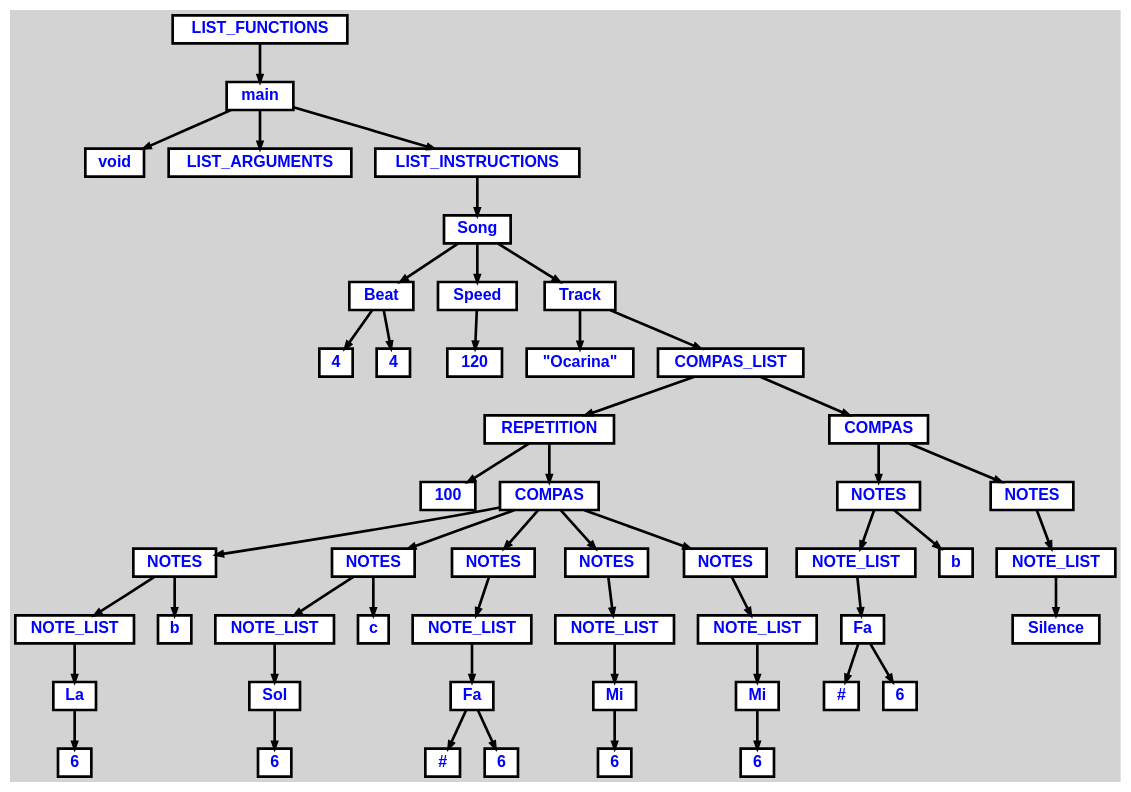
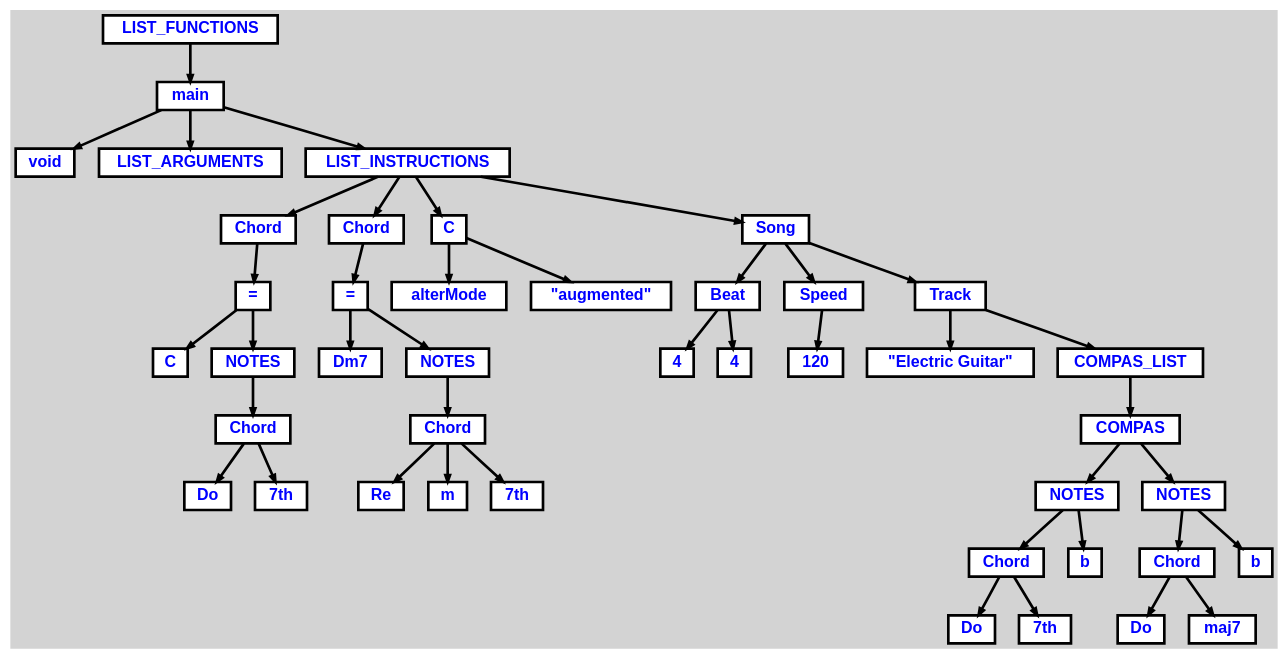
The diagram in tree.dot (mariofv/A-Music-Language), drawn with Graphviz before and after one commit. The commit also changed 6 other files, not shown here.

```diff
--- a/tree.dot
+++ b/tree.dot
@@ -1,140 +1,117 @@
 digraph {
 
 	ordering=out;
 	ranksep=.4;
 	bgcolor="lightgrey"; node [shape=box, fixedsize=false, fontsize=12, fontname="Helvetica-bold", fontcolor="blue"
 		width=.25, height=.25, color="black", fillcolor="white", style="filled, solid, bold"];
 	edge [arrowsize=.5, color="black", style="bold"]
 
   n0 [label="LIST_FUNCTIONS"];
   n1 [label="main"];
   n1 [label="main"];
   n2 [label="void"];
   n3 [label="LIST_ARGUMENTS"];
   n4 [label="LIST_INSTRUCTIONS"];
   n4 [label="LIST_INSTRUCTIONS"];
-  n5 [label="Song"];
-  n5 [label="Song"];
-  n6 [label="Beat"];
-  n6 [label="Beat"];
-  n7 [label="4"];
-  n8 [label="4"];
-  n9 [label="Speed"];
-  n9 [label="Speed"];
-  n10 [label="120"];
-  n11 [label="Track"];
-  n11 [label="Track"];
-  n12 [label="\"Ocarina\""];
-  n13 [label="COMPAS_LIST"];
-  n13 [label="COMPAS_LIST"];
-  n14 [label="REPETITION"];
-  n14 [label="REPETITION"];
-  n15 [label="100"];
-  n16 [label="COMPAS"];
-  n16 [label="COMPAS"];
-  n17 [label="NOTES"];
-  n17 [label="NOTES"];
-  n18 [label="NOTE_LIST"];
-  n18 [label="NOTE_LIST"];
-  n19 [label="La"];
-  n19 [label="La"];
-  n20 [label="6"];
-  n21 [label="b"];
-  n22 [label="NOTES"];
-  n22 [label="NOTES"];
-  n23 [label="NOTE_LIST"];
-  n23 [label="NOTE_LIST"];
-  n24 [label="Sol"];
-  n24 [label="Sol"];
-  n25 [label="6"];
-  n26 [label="c"];
-  n27 [label="NOTES"];
-  n27 [label="NOTES"];
-  n28 [label="NOTE_LIST"];
-  n28 [label="NOTE_LIST"];
-  n29 [label="Fa"];
-  n29 [label="Fa"];
-  n30 [label="#"];
-  n31 [label="6"];
-  n32 [label="NOTES"];
-  n32 [label="NOTES"];
-  n33 [label="NOTE_LIST"];
-  n33 [label="NOTE_LIST"];
-  n34 [label="Mi"];
-  n34 [label="Mi"];
-  n35 [label="6"];
-  n36 [label="NOTES"];
-  n36 [label="NOTES"];
-  n37 [label="NOTE_LIST"];
-  n37 [label="NOTE_LIST"];
-  n38 [label="Mi"];
-  n38 [label="Mi"];
-  n39 [label="6"];
-  n40 [label="COMPAS"];
-  n40 [label="COMPAS"];
-  n41 [label="NOTES"];
-  n41 [label="NOTES"];
-  n42 [label="NOTE_LIST"];
-  n42 [label="NOTE_LIST"];
-  n43 [label="Fa"];
-  n43 [label="Fa"];
-  n44 [label="#"];
-  n45 [label="6"];
-  n46 [label="b"];
-  n47 [label="NOTES"];
-  n47 [label="NOTES"];
-  n48 [label="NOTE_LIST"];
-  n48 [label="NOTE_LIST"];
-  n49 [label="Silence"];
+  n5 [label="Chord"];
+  n5 [label="Chord"];
+  n6 [label="="];
+  n6 [label="="];
+  n7 [label="C"];
+  n8 [label="NOTES"];
+  n8 [label="NOTES"];
+  n9 [label="Chord"];
+  n9 [label="Chord"];
+  n10 [label="Do"];
+  n11 [label="7th"];
+  n12 [label="Chord"];
+  n12 [label="Chord"];
+  n13 [label="="];
+  n13 [label="="];
+  n14 [label="Dm7"];
+  n15 [label="NOTES"];
+  n15 [label="NOTES"];
+  n16 [label="Chord"];
+  n16 [label="Chord"];
+  n17 [label="Re"];
+  n18 [label="m"];
+  n19 [label="7th"];
+  n20 [label="C"];
+  n20 [label="C"];
+  n21 [label="alterMode"];
+  n22 [label="\"augmented\""];
+  n23 [label="Song"];
+  n23 [label="Song"];
+  n24 [label="Beat"];
+  n24 [label="Beat"];
+  n25 [label="4"];
+  n26 [label="4"];
+  n27 [label="Speed"];
+  n27 [label="Speed"];
+  n28 [label="120"];
+  n29 [label="Track"];
+  n29 [label="Track"];
+  n30 [label="\"Electric Guitar\""];
+  n31 [label="COMPAS_LIST"];
+  n31 [label="COMPAS_LIST"];
+  n32 [label="COMPAS"];
+  n32 [label="COMPAS"];
+  n33 [label="NOTES"];
+  n33 [label="NOTES"];
+  n34 [label="Chord"];
+  n34 [label="Chord"];
+  n35 [label="Do"];
+  n36 [label="7th"];
+  n37 [label="b"];
+  n38 [label="NOTES"];
+  n38 [label="NOTES"];
+  n39 [label="Chord"];
+  n39 [label="Chord"];
+  n40 [label="Do"];
+  n41 [label="maj7"];
+  n42 [label="b"];
 
   n0 -> n1 // "LIST_FUNCTIONS" -> "main"
   n1 -> n2 // "main" -> "void"
   n1 -> n3 // "main" -> "LIST_ARGUMENTS"
   n1 -> n4 // "main" -> "LIST_INSTRUCTIONS"
-  n4 -> n5 // "LIST_INSTRUCTIONS" -> "Song"
-  n5 -> n6 // "Song" -> "Beat"
-  n6 -> n7 // "Beat" -> "4"
-  n6 -> n8 // "Beat" -> "4"
-  n5 -> n9 // "Song" -> "Speed"
-  n9 -> n10 // "Speed" -> "120"
-  n5 -> n11 // "Song" -> "Track"
-  n11 -> n12 // "Track" -> "\"Ocarina\""
-  n11 -> n13 // "Track" -> "COMPAS_LIST"
-  n13 -> n14 // "COMPAS_LIST" -> "REPETITION"
-  n14 -> n15 // "REPETITION" -> "100"
-  n14 -> n16 // "REPETITION" -> "COMPAS"
-  n16 -> n17 // "COMPAS" -> "NOTES"
-  n17 -> n18 // "NOTES" -> "NOTE_LIST"
-  n18 -> n19 // "NOTE_LIST" -> "La"
-  n19 -> n20 // "La" -> "6"
-  n17 -> n21 // "NOTES" -> "b"
-  n16 -> n22 // "COMPAS" -> "NOTES"
-  n22 -> n23 // "NOTES" -> "NOTE_LIST"
-  n23 -> n24 // "NOTE_LIST" -> "Sol"
-  n24 -> n25 // "Sol" -> "6"
-  n22 -> n26 // "NOTES" -> "c"
-  n16 -> n27 // "COMPAS" -> "NOTES"
-  n27 -> n28 // "NOTES" -> "NOTE_LIST"
-  n28 -> n29 // "NOTE_LIST" -> "Fa"
-  n29 -> n30 // "Fa" -> "#"
-  n29 -> n31 // "Fa" -> "6"
-  n16 -> n32 // "COMPAS" -> "NOTES"
-  n32 -> n33 // "NOTES" -> "NOTE_LIST"
-  n33 -> n34 // "NOTE_LIST" -> "Mi"
-  n34 -> n35 // "Mi" -> "6"
-  n16 -> n36 // "COMPAS" -> "NOTES"
-  n36 -> n37 // "NOTES" -> "NOTE_LIST"
-  n37 -> n38 // "NOTE_LIST" -> "Mi"
-  n38 -> n39 // "Mi" -> "6"
-  n13 -> n40 // "COMPAS_LIST" -> "COMPAS"
-  n40 -> n41 // "COMPAS" -> "NOTES"
-  n41 -> n42 // "NOTES" -> "NOTE_LIST"
-  n42 -> n43 // "NOTE_LIST" -> "Fa"
-  n43 -> n44 // "Fa" -> "#"
-  n43 -> n45 // "Fa" -> "6"
-  n41 -> n46 // "NOTES" -> "b"
-  n40 -> n47 // "COMPAS" -> "NOTES"
-  n47 -> n48 // "NOTES" -> "NOTE_LIST"
-  n48 -> n49 // "NOTE_LIST" -> "Silence"
+  n4 -> n5 // "LIST_INSTRUCTIONS" -> "Chord"
+  n5 -> n6 // "Chord" -> "="
+  n6 -> n7 // "=" -> "C"
+  n6 -> n8 // "=" -> "NOTES"
+  n8 -> n9 // "NOTES" -> "Chord"
+  n9 -> n10 // "Chord" -> "Do"
+  n9 -> n11 // "Chord" -> "7th"
+  n4 -> n12 // "LIST_INSTRUCTIONS" -> "Chord"
+  n12 -> n13 // "Chord" -> "="
+  n13 -> n14 // "=" -> "Dm7"
+  n13 -> n15 // "=" -> "NOTES"
+  n15 -> n16 // "NOTES" -> "Chord"
+  n16 -> n17 // "Chord" -> "Re"
+  n16 -> n18 // "Chord" -> "m"
+  n16 -> n19 // "Chord" -> "7th"
+  n4 -> n20 // "LIST_INSTRUCTIONS" -> "C"
+  n20 -> n21 // "C" -> "alterMode"
+  n20 -> n22 // "C" -> "\"augmented\""
+  n4 -> n23 // "LIST_INSTRUCTIONS" -> "Song"
+  n23 -> n24 // "Song" -> "Beat"
+  n24 -> n25 // "Beat" -> "4"
+  n24 -> n26 // "Beat" -> "4"
+  n23 -> n27 // "Song" -> "Speed"
+  n27 -> n28 // "Speed" -> "120"
+  n23 -> n29 // "Song" -> "Track"
+  n29 -> n30 // "Track" -> "\"Electric Guitar\""
+  n29 -> n31 // "Track" -> "COMPAS_LIST"
+  n31 -> n32 // "COMPAS_LIST" -> "COMPAS"
+  n32 -> n33 // "COMPAS" -> "NOTES"
+  n33 -> n34 // "NOTES" -> "Chord"
+  n34 -> n35 // "Chord" -> "Do"
+  n34 -> n36 // "Chord" -> "7th"
+  n33 -> n37 // "NOTES" -> "b"
+  n32 -> n38 // "COMPAS" -> "NOTES"
+  n38 -> n39 // "NOTES" -> "Chord"
+  n39 -> n40 // "Chord" -> "Do"
+  n39 -> n41 // "Chord" -> "maj7"
+  n38 -> n42 // "NOTES" -> "b"
 
 }
```
